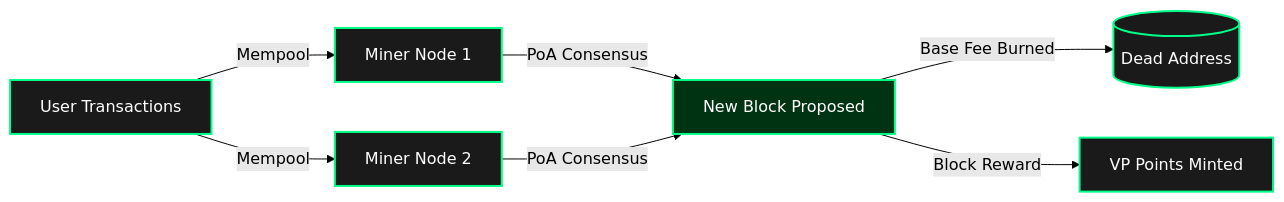
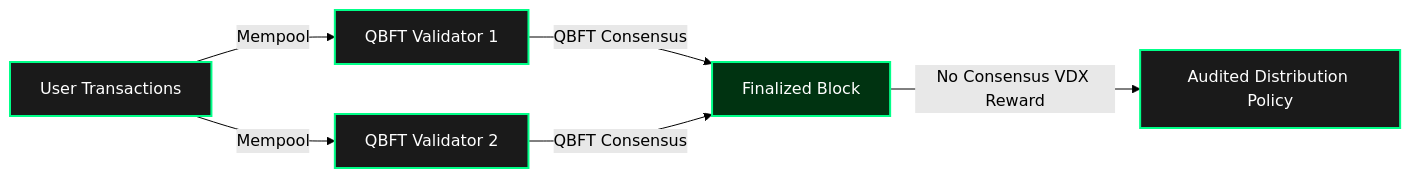
One commit to verdexchainsuppourt-hue/verdex-ecosystem changed the ninth of 9 diagrams in verdex-whitepaper.md. Above: the diagram before and after it, drawn with Mermaid (forest theme). The commit also changed other lines of this file and 580 other files, not shown here.

````diff
--- a/verdex-whitepaper.md
+++ b/verdex-whitepaper.md
@@ -381,14 +376,13 @@
 ```mermaid
 graph LR
     classDef node fill:#1a1a1a,stroke:#00ff88,stroke-width:2px,color:#fff
     classDef db fill:#003311,stroke:#00ff88,stroke-width:2px,color:#fff
     
-    Tx[User Transactions]:::node --> |Mempool| MN[Miner Node 1]:::node
-    Tx --> |Mempool| MN2[Miner Node 2]:::node
+    Tx[User Transactions]:::node --> |Mempool| V1[QBFT Validator 1]:::node
+    Tx --> |Mempool| V2[QBFT Validator 2]:::node
     
-    MN --> |PoA Consensus| Block[New Block Proposed]:::db
-    MN2 --> |PoA Consensus| Block
+    V1 --> |QBFT Consensus| Block[Finalized Block]:::db
+    V2 --> |QBFT Consensus| Block
     
-    Block --> |Base Fee Burned| Burn[(Dead Address)]:::node
-    Block --> |Block Reward| VP[VP Points Minted]:::node
+    Block --> |No Consensus VDX Reward| Policy[Audited Distribution Policy]:::node
 ```
````
